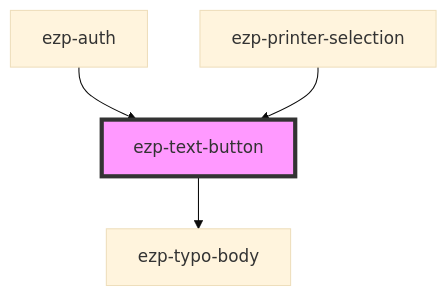
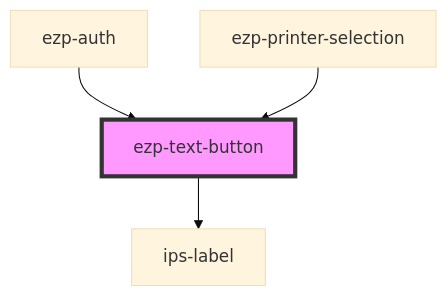
Before and after one commit to ezeep/ezeep-js: the diagram in src/components/ezp-text-button/readme.md, drawn with Mermaid (base theme). The commit also changed other lines of this file and 26 other files, not shown here.

````diff
--- a/src/components/ezp-text-button/readme.md
+++ b/src/components/ezp-text-button/readme.md
@@ -44,7 +42,7 @@
 ```mermaid
 graph TD;
-  ezp-text-button --> ezp-typo-body
+  ezp-text-button --> ips-label
   ezp-auth --> ezp-text-button
   ezp-printer-selection --> ezp-text-button
   style ezp-text-button fill:#f9f,stroke:#333,stroke-width:4px
 ```
````
